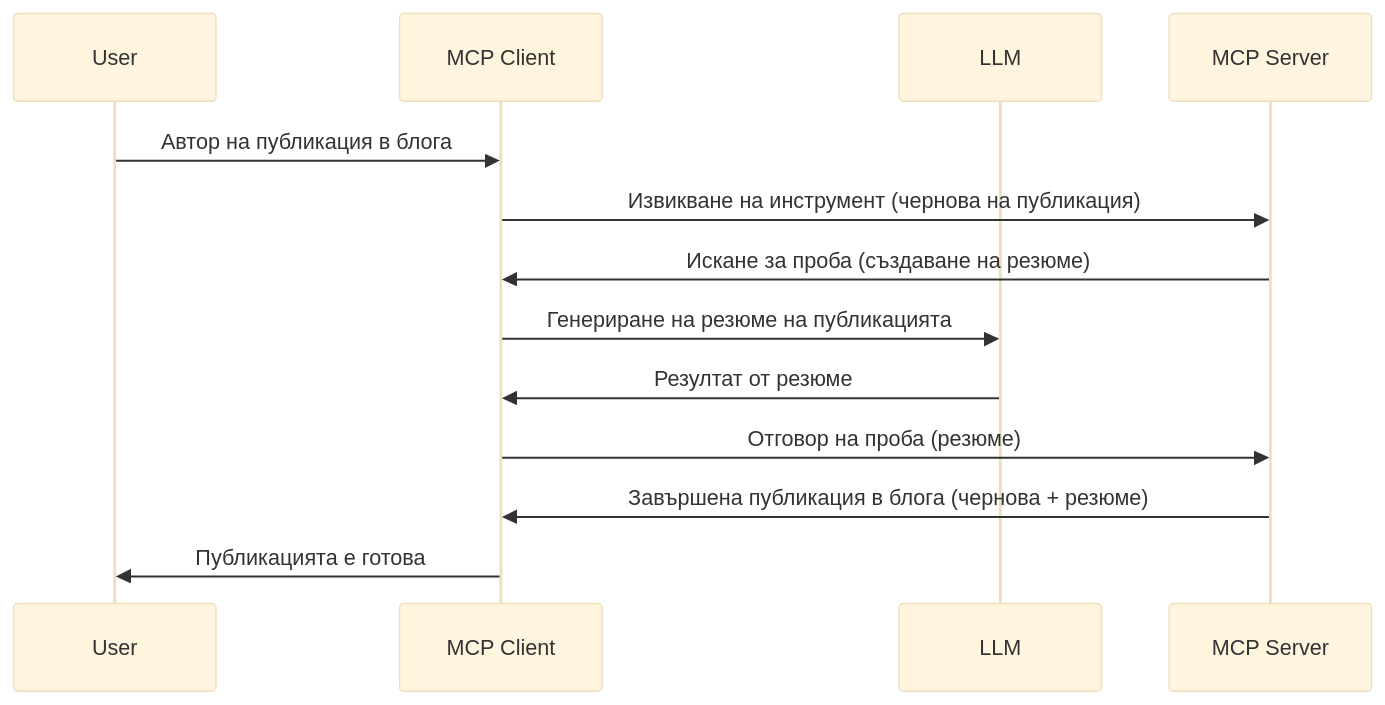
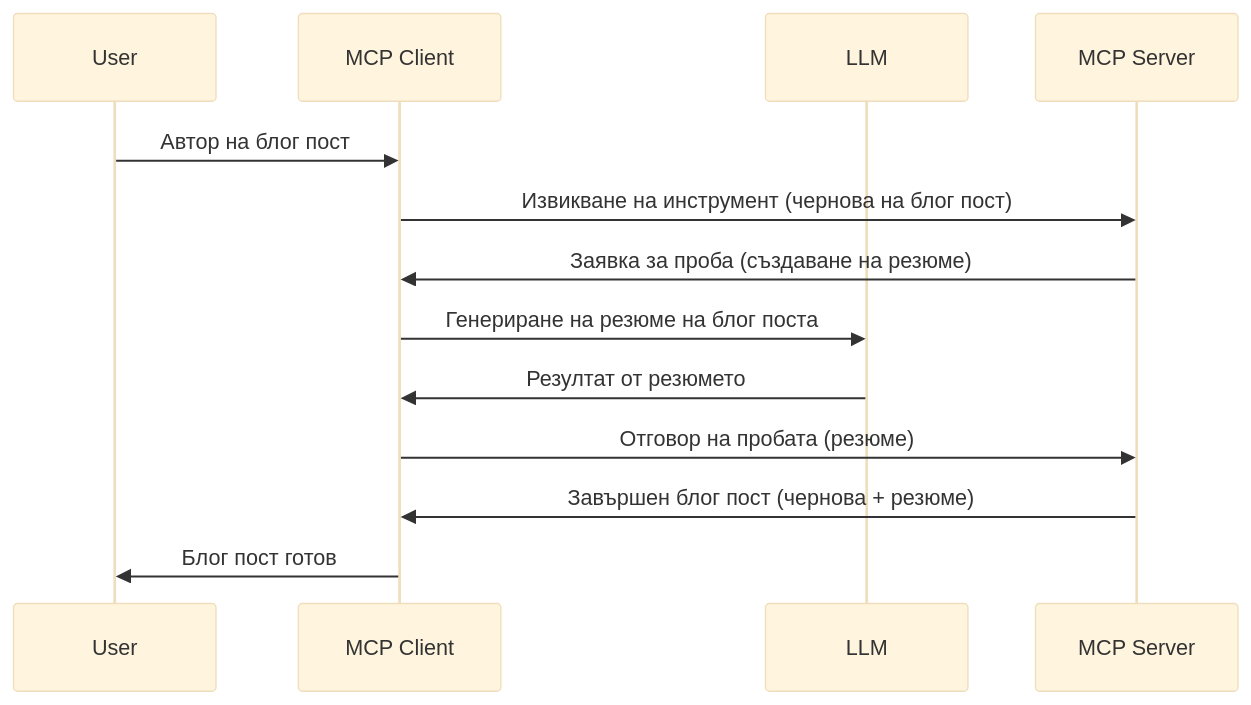
The diagram in mcp_ecosystem__model_context_protocol/mcp_learning_resources/mcp-for-beginners/translations/bg/03-GettingStarted/14-sampling/README.md (HIDORAKAI002/ai-workspace-archive), drawn with Mermaid (base theme) before and after one commit. The commit also changed other lines of this file and 1539 other files, not shown here.

````diff
--- a/mcp_ecosystem__model_context_protocol/mcp_learning_resources/mcp-for-beginners/translations/bg/03-GettingStarted/14-sampling/README.md
+++ b/mcp_ecosystem__model_context_protocol/mcp_learning_resources/mcp-for-beginners/translations/bg/03-GettingStarted/14-sampling/README.md
@@ -23,16 +23,16 @@
 ```mermaid
 sequenceDiagram
     participant User
     participant MCP Client
     participant LLM
     participant MCP Server
 
-    User->>MCP Client: Автор на публикация в блога
-    MCP Client->>MCP Server: Извикване на инструмент (чернова на публикация)
-    MCP Server->>MCP Client: Искане за проба (създаване на резюме)
-    MCP Client->>LLM: Генериране на резюме на публикацията
-    LLM->>MCP Client: Резултат от резюме
-    MCP Client->>MCP Server: Отговор на проба (резюме)
-    MCP Server->>MCP Client: Завършена публикация в блога (чернова + резюме)
-    MCP Client->>User: Публикацията е готова
+    User->>MCP Client: Автор на блог пост
+    MCP Client->>MCP Server: Извикване на инструмент (чернова на блог пост)
+    MCP Server->>MCP Client: Заявка за проба (създаване на резюме)
+    MCP Client->>LLM: Генериране на резюме на блог поста
+    LLM->>MCP Client: Резултат от резюмето
+    MCP Client->>MCP Server: Отговор на пробата (резюме)
+    MCP Server->>MCP Client: Завършен блог пост (чернова + резюме)
+    MCP Client->>User: Блог пост готов
 ```
````
